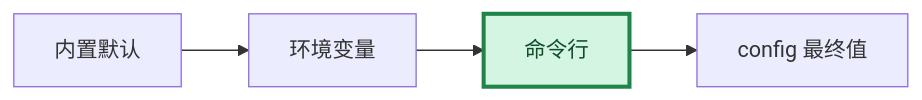
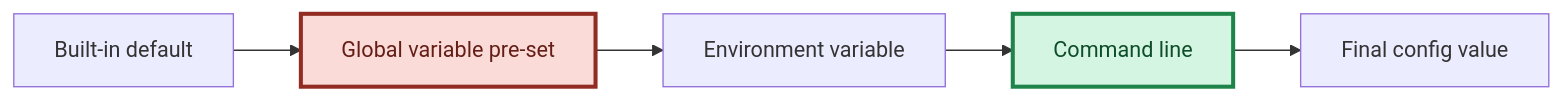
Before and after one commit to PassByYou888/LingoFuse: diagram 15 of 20 in Py/lingofuse/Bridge_User_Guide.md, drawn with Mermaid. The commit also changed other lines of this file, not shown here.

````diff
--- a/Py/lingofuse/Bridge_User_Guide.md
+++ b/Py/lingofuse/Bridge_User_Guide.md
@@ -692,7 +871,10 @@
 ```mermaid
 flowchart LR
-    Low["内置默认"] --> Mid["环境变量"] --> High["命令行"]
-    High --> Final["config 最终值"]
+    Low["Built-in default"] --> GV["Global variable pre-set"]
+    GV --> Mid["Environment variable"]
+    Mid --> High["Command line"]
+    High --> Final["Final config value"]
 
     style High fill:#D5F5E3,stroke:#1E8449,stroke-width:3px,color:#0E4D2A
+    style GV fill:#FADBD8,stroke:#922B21,stroke-width:3px,color:#641E16
 ```
````
